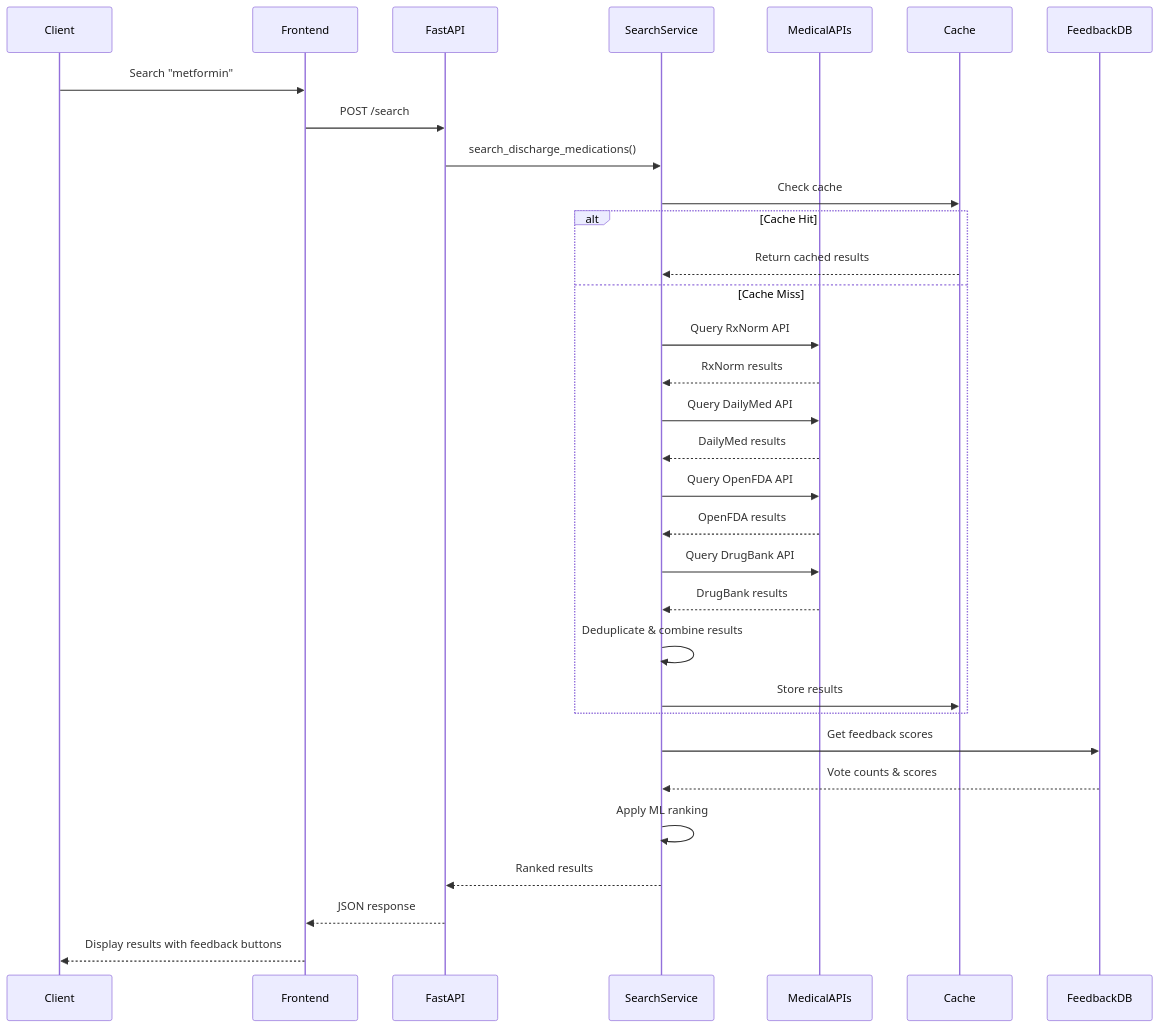
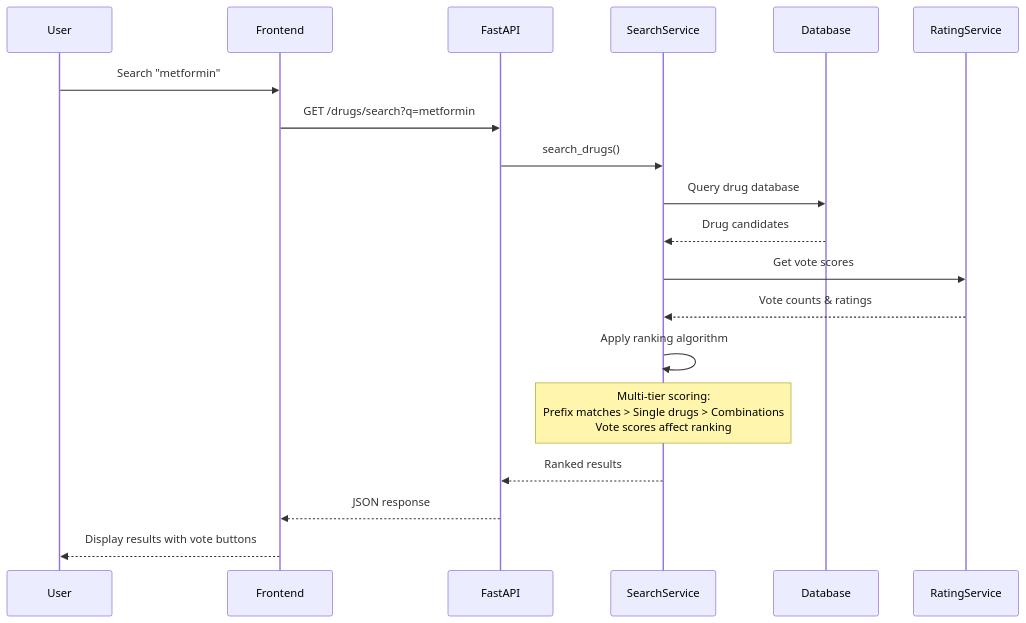
The third of 5 diagrams in ARCHITECTURE.md (Linesmerrill/RxVerify), drawn with Mermaid before and after one commit. The commit also changed other lines of this file and 11 other files, not shown here.

````diff
--- a/ARCHITECTURE.md
+++ b/ARCHITECTURE.md
@@ -157,39 +117,26 @@
 ```mermaid
 sequenceDiagram
-    participant Client
+    participant User
     participant Frontend
     participant FastAPI
     participant SearchService
-    participant MedicalAPIs
-    participant Cache
-    participant FeedbackDB
+    participant Database
+    participant RatingService
     
-    Client->>Frontend: Search "metformin"
-    Frontend->>FastAPI: POST /search
-    FastAPI->>SearchService: search_discharge_medications()
+    User->>Frontend: Search "metformin"
+    Frontend->>FastAPI: GET /drugs/search?q=metformin
+    FastAPI->>SearchService: search_drugs()
     
-    SearchService->>Cache: Check cache
-    alt Cache Hit
-        Cache-->>SearchService: Return cached results
-    else Cache Miss
-        SearchService->>MedicalAPIs: Query RxNorm API
-        MedicalAPIs-->>SearchService: RxNorm results
-        SearchService->>MedicalAPIs: Query DailyMed API
-        MedicalAPIs-->>SearchService: DailyMed results
-        SearchService->>MedicalAPIs: Query OpenFDA API
-        MedicalAPIs-->>SearchService: OpenFDA results
-        SearchService->>MedicalAPIs: Query DrugBank API
-        MedicalAPIs-->>SearchService: DrugBank results
-        
-        SearchService->>SearchService: Deduplicate & combine results
-        SearchService->>Cache: Store results
-    end
+    SearchService->>Database: Query drug database
+    Database-->>SearchService: Drug candidates
     
-    SearchService->>FeedbackDB: Get feedback scores
-    FeedbackDB-->>SearchService: Vote counts & scores
-    SearchService->>SearchService: Apply ML ranking
+    SearchService->>RatingService: Get vote scores
+    RatingService-->>SearchService: Vote counts & ratings
+    
+    SearchService->>SearchService: Apply ranking algorithm
+    Note over SearchService: Multi-tier scoring:<br/>Prefix matches > Single drugs > Combinations<br/>Vote scores affect ranking
     
     SearchService-->>FastAPI: Ranked results
     FastAPI-->>Frontend: JSON response
-    Frontend-->>Client: Display results with feedback buttons
+    Frontend-->>User: Display results with vote buttons
 ```
````
